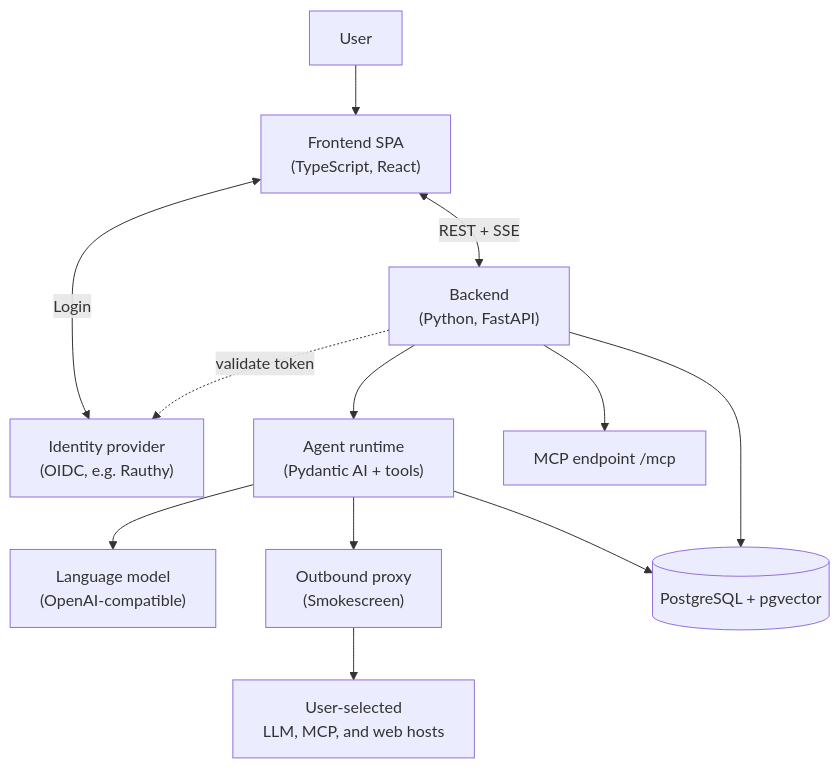
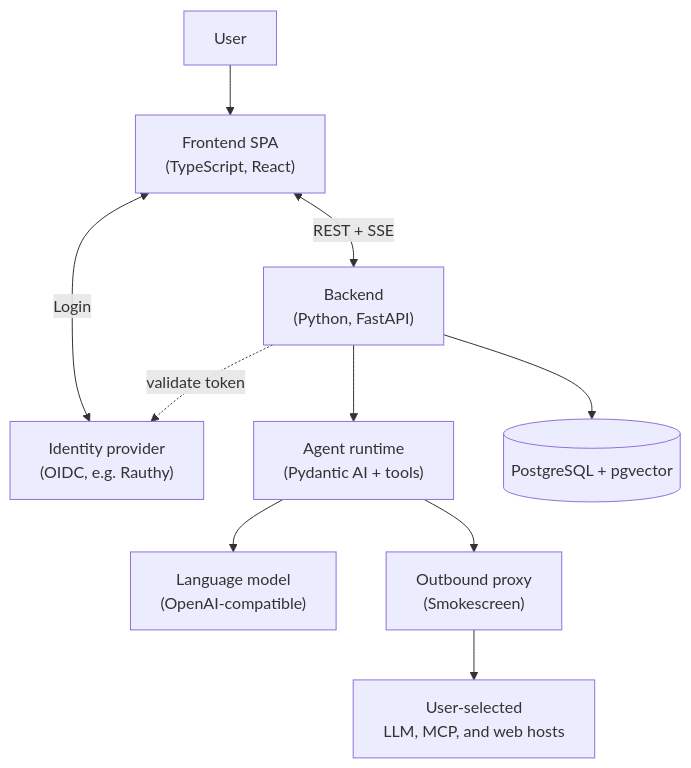
Before and after one commit to dfki-ebls/hivegent: the diagram in docs/src/en/architecture.md, drawn with Mermaid. The commit also changed other lines of this file and 19 other files, not shown here.

````diff
--- a/docs/src/en/architecture.md
+++ b/docs/src/en/architecture.md
@@ -6,25 +6,22 @@
 ```mermaid
 flowchart TD
     user[User]
     browser["Frontend SPA<br/>(TypeScript, React)"]
     oidc["Identity provider<br/>(OIDC, e.g. Rauthy)"]
     backend["Backend<br/>(Python, FastAPI)"]
     agent["Agent runtime<br/>(Pydantic AI + tools)"]
-    mcp["MCP endpoint /mcp"]
     db[("PostgreSQL + pgvector")]
     llm["Language model<br/>(OpenAI-compatible)"]
     egress["Outbound proxy<br/>(Smokescreen)"]
     external["User-selected<br/>LLM, MCP, and web hosts"]
 
     user --> browser
     browser <-->|Login| oidc
     browser <-->|REST + SSE| backend
     backend -.->|validate token| oidc
     backend --> agent
-    backend --> mcp
     agent --> llm
     agent --> egress
     egress --> external
-    agent --> db
     backend --> db
 ```
````
